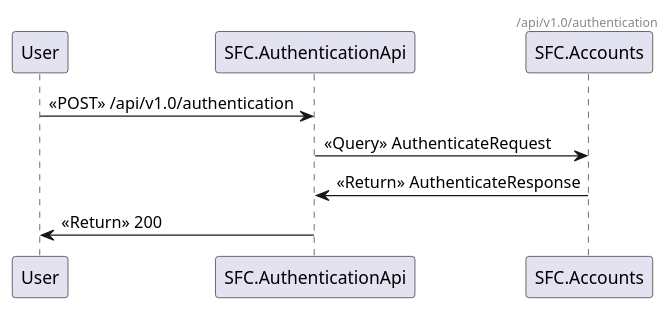
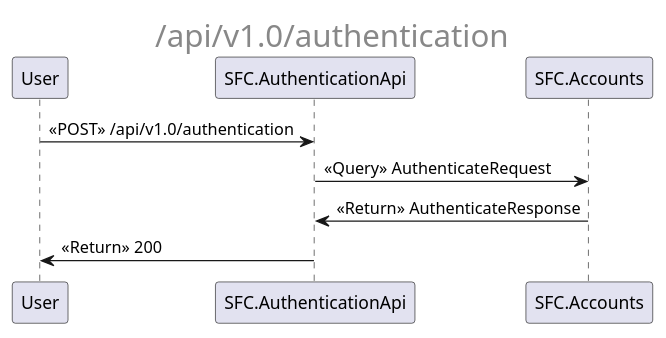
Before and after one commit to mr0zek/SmogFightClub: the diagram in docs/ArchitectureDocumentation/_api_v1.0_authentication.puml, drawn with PlantUML. The commit also changed 9 other files, not shown here.

```diff
--- a/docs/ArchitectureDocumentation/_api_v1.0_authentication.puml
+++ b/docs/ArchitectureDocumentation/_api_v1.0_authentication.puml
@@ -1,7 +1,7 @@
 @startuml
-header /api/v1.0/authentication
+center header <font size=25>/api/v1.0/authentication</font>
 User -> SFC.AuthenticationApi : <<POST>> /api/v1.0/authentication
 SFC.AuthenticationApi -> SFC.Accounts : <<Query>> AuthenticateRequest
 SFC.Accounts -> SFC.AuthenticationApi : <<Return>> AuthenticateResponse
 SFC.AuthenticationApi -> User: <<Return>> 200
 @enduml
```
